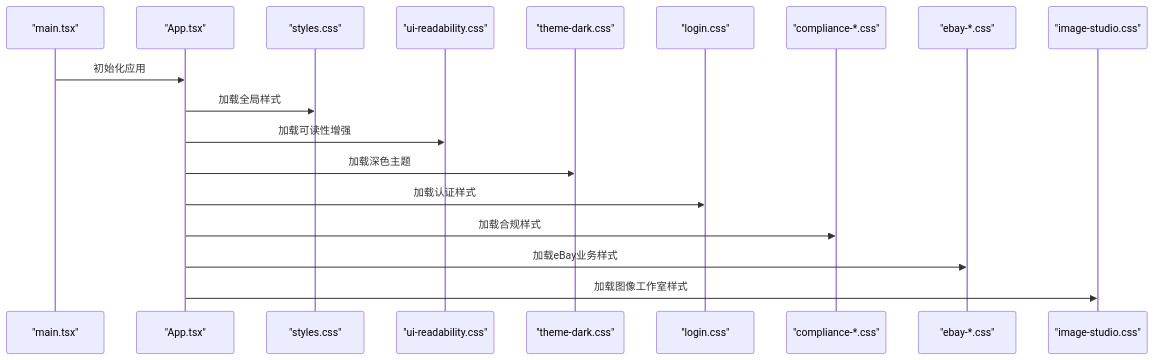
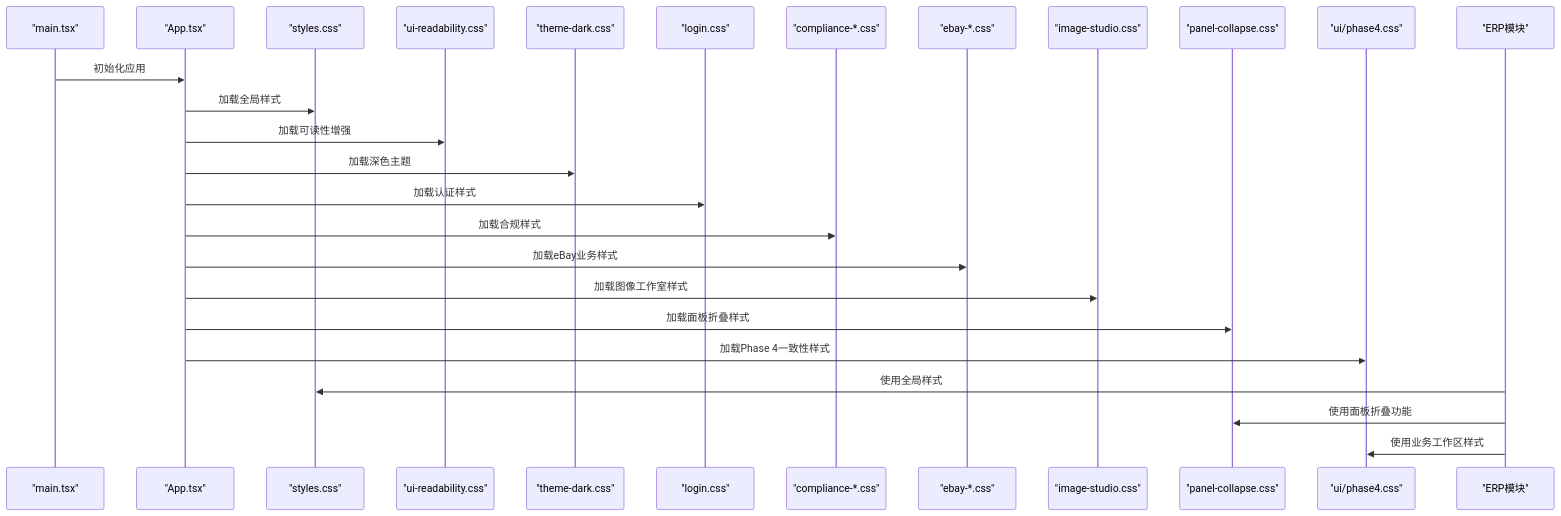
The third of 3 diagrams in .qoder/repowiki/zh/content/系统架构/渲染进程架构/UI组件库与样式系统.md (iljahofbauer219-lang/yandu), drawn with Mermaid before and after one commit. The commit also changed other lines of this file and 153 other files, not shown here.

````diff
--- a/.qoder/repowiki/zh/content/系统架构/渲染进程架构/UI组件库与样式系统.md
+++ b/.qoder/repowiki/zh/content/系统架构/渲染进程架构/UI组件库与样式系统.md
@@ -319,20 +436,28 @@
 ```mermaid
 sequenceDiagram
 participant M as "main.tsx"
 participant A as "App.tsx"
 participant S as "styles.css"
 participant U as "ui-readability.css"
 participant T as "theme-dark.css"
 participant L as "login.css"
 participant C as "compliance-*.css"
 participant E as "ebay-*.css"
 participant I as "image-studio.css"
+participant P as "panel-collapse.css"
+participant PH4 as "ui/phase4.css"
+participant ER as "ERP模块"
 M->>A : 初始化应用
 A->>S : 加载全局样式
 A->>U : 加载可读性增强
 A->>T : 加载深色主题
 A->>L : 加载认证样式
 A->>C : 加载合规样式
 A->>E : 加载eBay业务样式
 A->>I : 加载图像工作室样式
+A->>P : 加载面板折叠样式
+A->>PH4 : 加载Phase 4一致性样式
+ER->>S : 使用全局样式
+ER->>P : 使用面板折叠功能
+ER->>PH4 : 使用业务工作区样式
 ```
````
